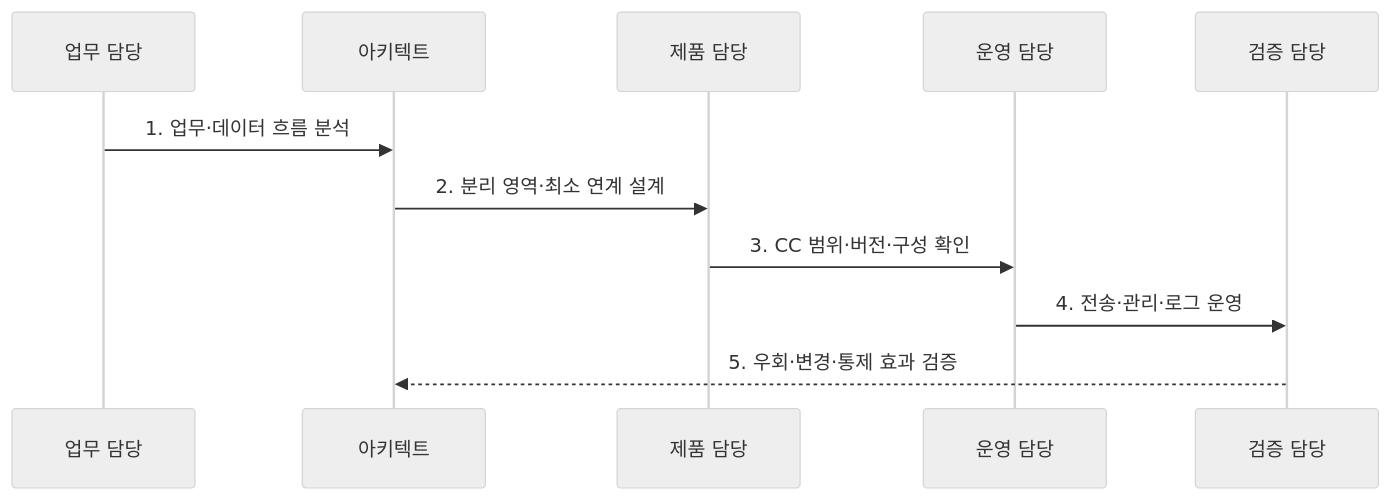
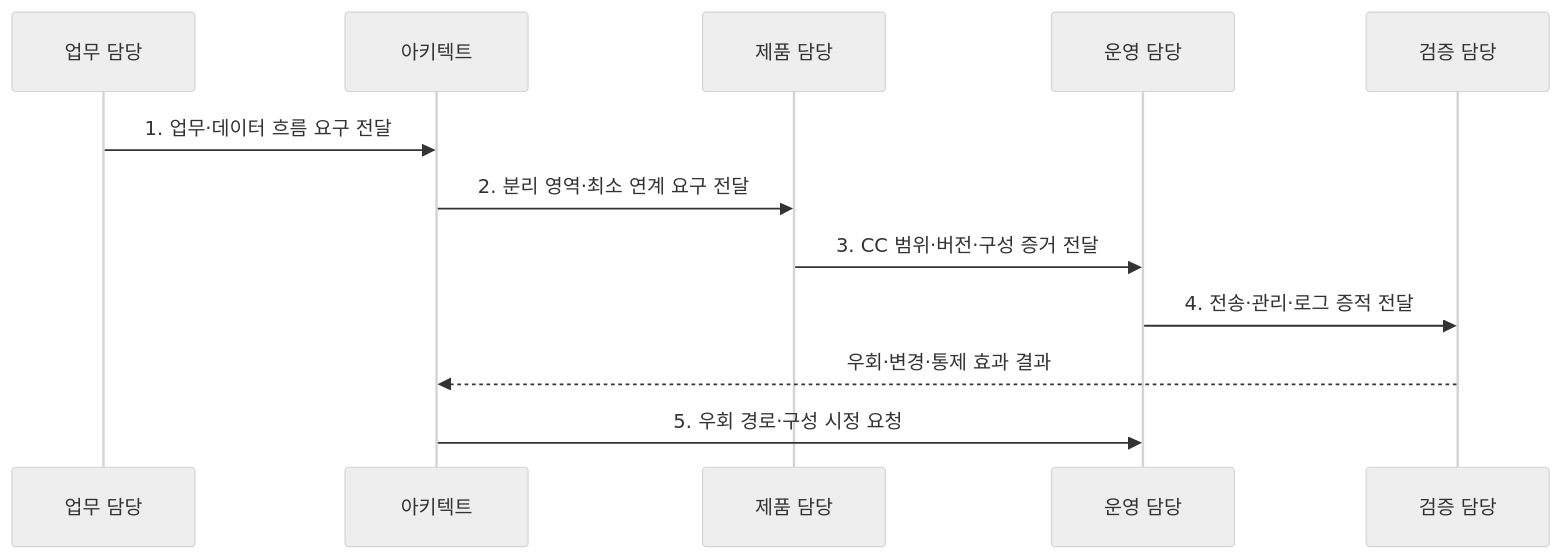
Before and after one commit to agnusdei1207/knowledge-base: the second of 2 diagrams in src/content/docs/notes/05-security/118_network_separation_cc.md, drawn with Mermaid (neutral theme). The commit also changed other lines of this file and 20 other files, not shown here.

````diff
--- a/src/content/docs/notes/05-security/118_network_separation_cc.md
+++ b/src/content/docs/notes/05-security/118_network_separation_cc.md
@@ -78,13 +78,14 @@
 ```mermaid
 sequenceDiagram
   participant B as 업무 담당
   participant A as 아키텍트
   participant P as 제품 담당
   participant O as 운영 담당
   participant V as 검증 담당
-  B->>A: 1. 업무·데이터 흐름 분석
-  A->>P: 2. 분리 영역·최소 연계 설계
-  P->>O: 3. CC 범위·버전·구성 확인
-  O->>V: 4. 전송·관리·로그 운영
-  V-->>A: 5. 우회·변경·통제 효과 검증
+  B->>A: 1. 업무·데이터 흐름 요구 전달
+  A->>P: 2. 분리 영역·최소 연계 요구 전달
+  P->>O: 3. CC 범위·버전·구성 증거 전달
+  O->>V: 4. 전송·관리·로그 증적 전달
+  V-->>A: 우회·변경·통제 효과 결과
+  A->>O: 5. 우회 경로·구성 시정 요청
 ```
````
